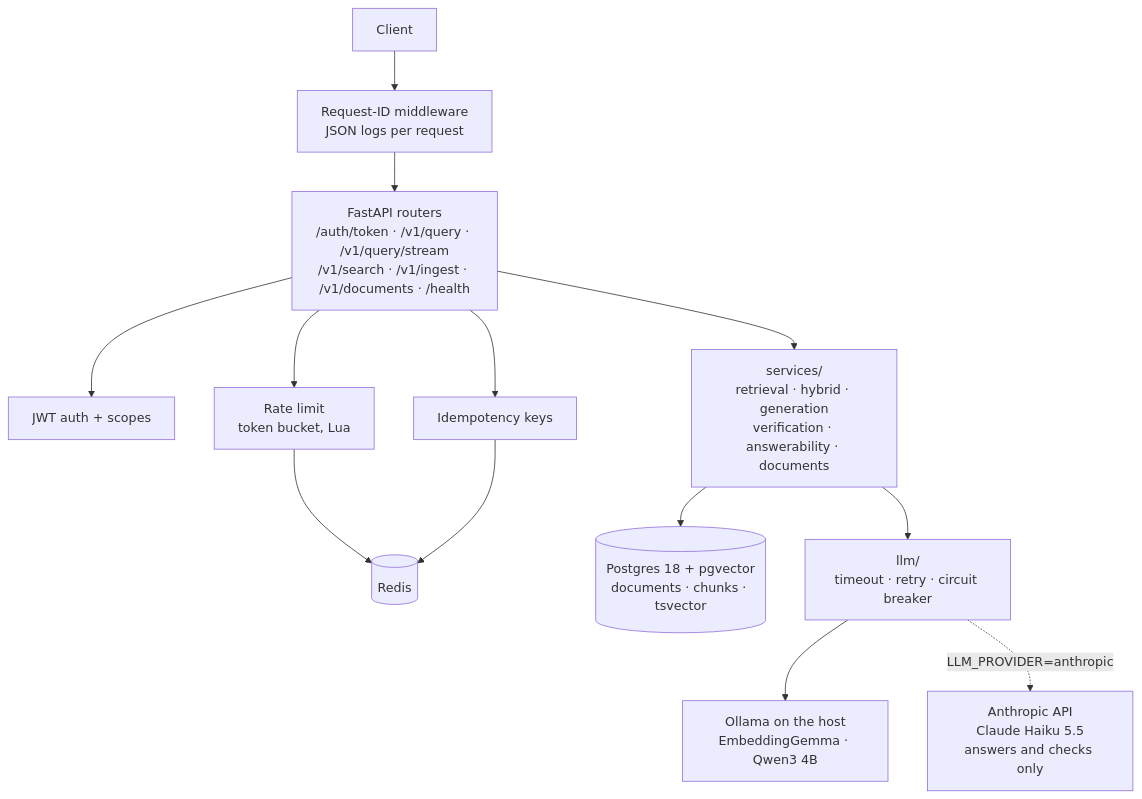
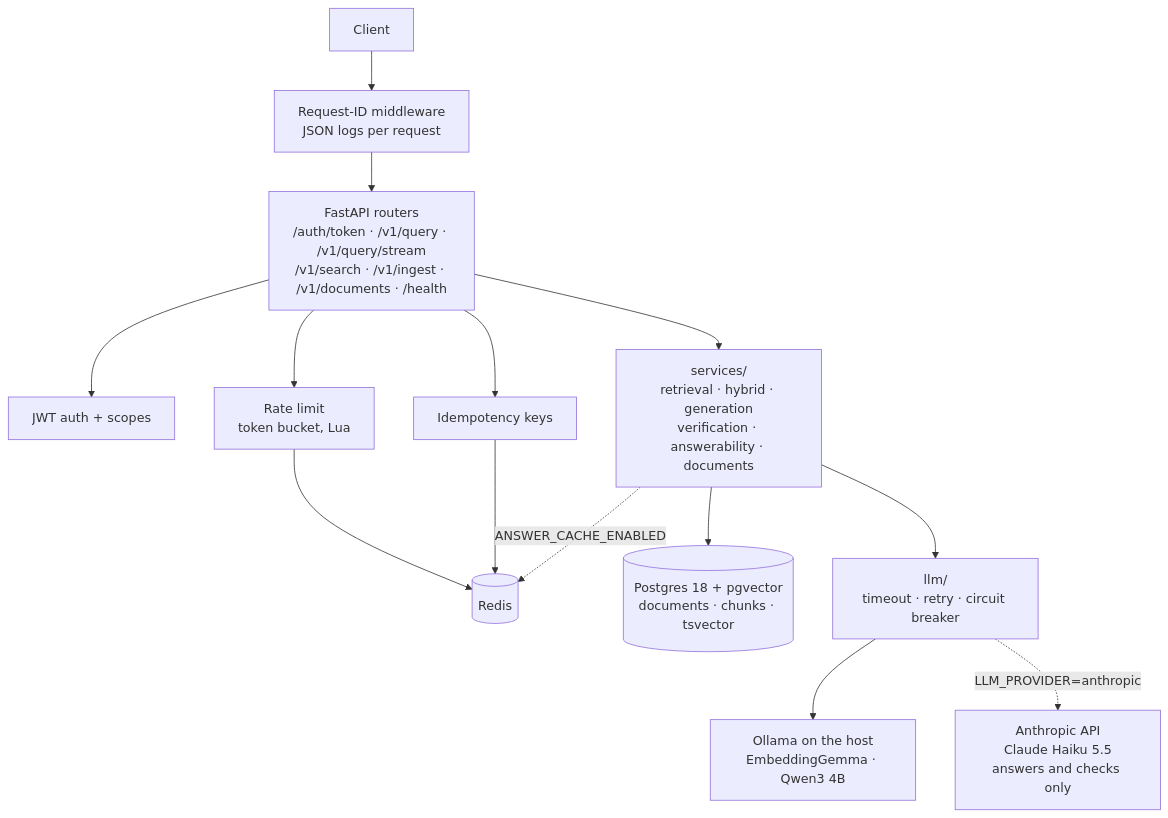
One commit to SujahathMSM/aerointel changed the fourth of 4 diagrams in README.md. Above: the diagram before and after it, drawn with Mermaid. The commit also changed other lines of this file and 19 other files, not shown here.

First line of the commit message:
Semantic answer cache (ANSWER_CACHE_ENABLED, off by default)

````diff
--- a/README.md
+++ b/README.md
@@ -131,15 +131,16 @@
 ```mermaid
 flowchart TB
     client["Client"] --> mw["Request-ID middleware<br/>JSON logs per request"]
     mw --> api["FastAPI routers<br/>/auth/token · /v1/query · /v1/query/stream<br/>/v1/search · /v1/ingest · /v1/documents · /health"]
     api --> auth["JWT auth + scopes"]
     api --> rl["Rate limit<br/>token bucket, Lua"]
     api --> idem["Idempotency keys"]
     rl --> redis[("Redis")]
     idem --> redis
+    svc -. "ANSWER_CACHE_ENABLED" .-> redis
     api --> svc["services/<br/>retrieval · hybrid · generation<br/>verification · answerability · documents"]
     svc --> db[("Postgres 18 + pgvector<br/>documents · chunks · tsvector")]
     svc --> llm["llm/<br/>timeout · retry · circuit breaker"]
     llm --> ollama["Ollama on the host<br/>EmbeddingGemma · Qwen3 4B"]
     llm -. "LLM_PROVIDER=anthropic" .-> claude["Anthropic API<br/>Claude Haiku 5.5<br/>answers and checks only"]
 ```
````
